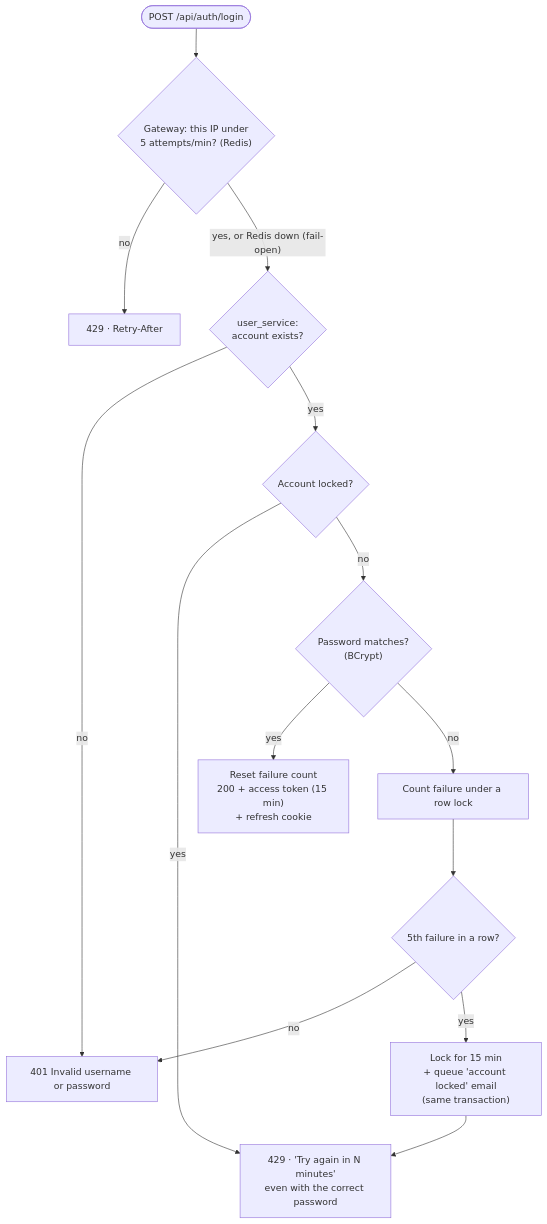
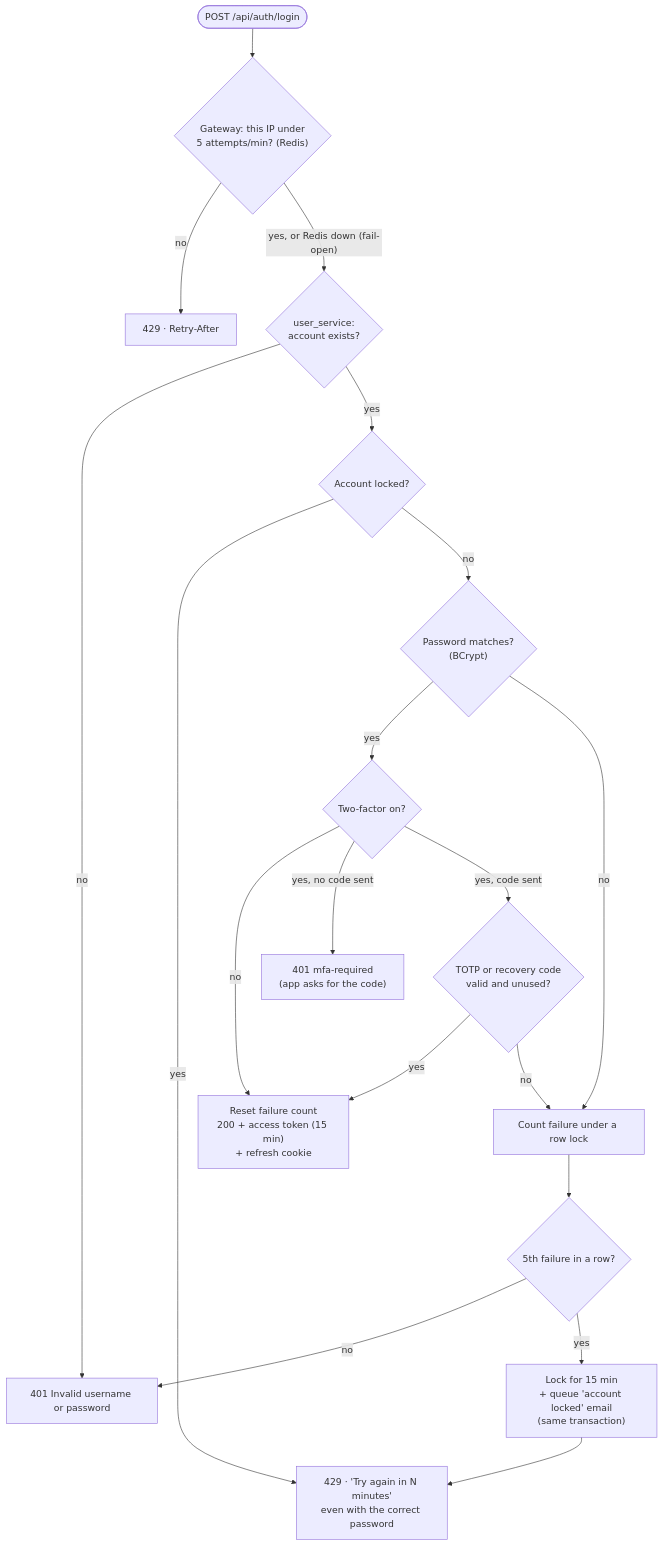
One commit to adityachauhan564/PayMesh changed the seventh of 11 diagrams in README.md. Above: the diagram before and after it, drawn with Mermaid. The commit also changed other lines of this file and 1 other file, not shown here.

Commit message:
Document two-factor login and unlock links

````diff
--- a/README.md
+++ b/README.md
@@ -256,16 +256,21 @@
 ```mermaid
 flowchart TD
     start(["POST /api/auth/login"]) --> ip{"Gateway: this IP under<br/>5 attempts/min? (Redis)"}
     ip -- "no" --> r1["429 · Retry-After"]
     ip -- "yes, or Redis down (fail-open)" --> find{"user_service:<br/>account exists?"}
     find -- "no" --> r401["401 Invalid username or password"]
     find -- "yes" --> locked{"Account locked?"}
     locked -- "yes" --> r2["429 · 'Try again in N minutes'<br/>even with the correct password"]
     locked -- "no" --> pw{"Password matches?<br/>(BCrypt)"}
-    pw -- "yes" --> ok["Reset failure count<br/>200 + access token (15 min)<br/>+ refresh cookie"]
+    pw -- "yes" --> mfa{"Two-factor on?"}
+    mfa -- "no" --> ok["Reset failure count<br/>200 + access token (15 min)<br/>+ refresh cookie"]
+    mfa -- "yes, no code sent" --> r401m["401 mfa-required<br/>(app asks for the code)"]
+    mfa -- "yes, code sent" --> code{"TOTP or recovery code<br/>valid and unused?"}
+    code -- "yes" --> ok
+    code -- "no" --> count
     pw -- "no" --> count["Count failure under a row lock"]
     count --> fifth{"5th failure in a row?"}
     fifth -- "no" --> r401
     fifth -- "yes" --> lock["Lock for 15 min<br/>+ queue 'account locked' email<br/>(same transaction)"]
     lock --> r2
 ```
````
